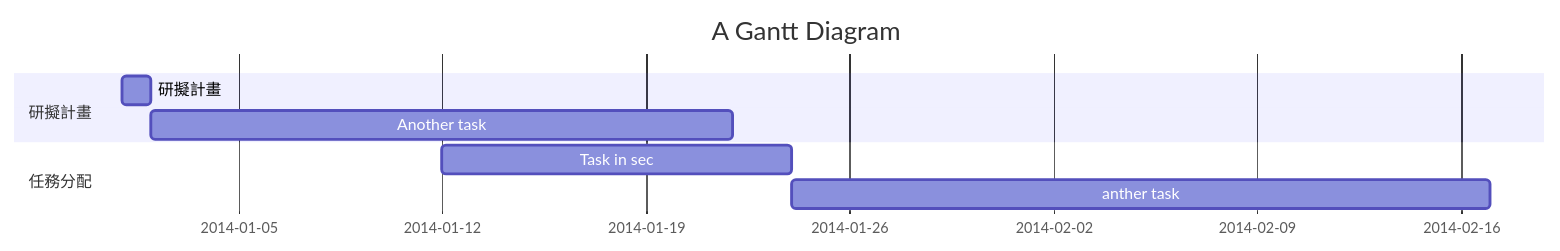
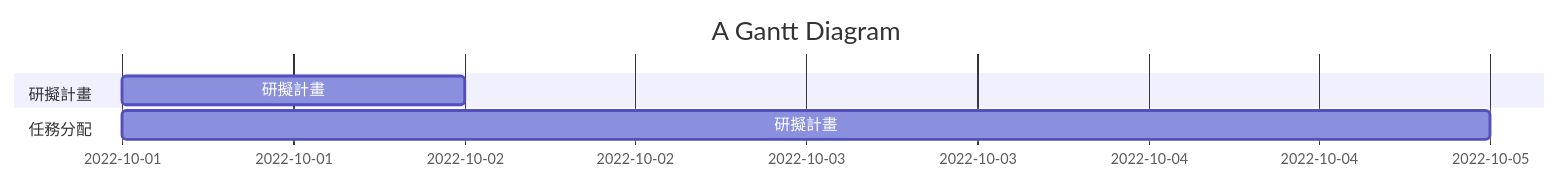
The diagram in hw2.md (YuenHoYeung/2022-3a), drawn with Mermaid before and after one commit.

````diff
--- a/hw2.md
+++ b/hw2.md
@@ -2,11 +2,10 @@
 ```mermaid
 gantt
     title A Gantt Diagram
 
     section 研擬計畫 
-    研擬計畫          :a1, 2014-01-01, 1d
-    Another task     :after a1  , 20d
+    研擬計畫          :a1, 2022-10-01, 1d
     section 任務分配
-    Task in sec      :2014-01-12  , 12d
-    anther task      : 24d
+    研擬計畫          :2022-10-01  , 4d
+  
 ```
````
